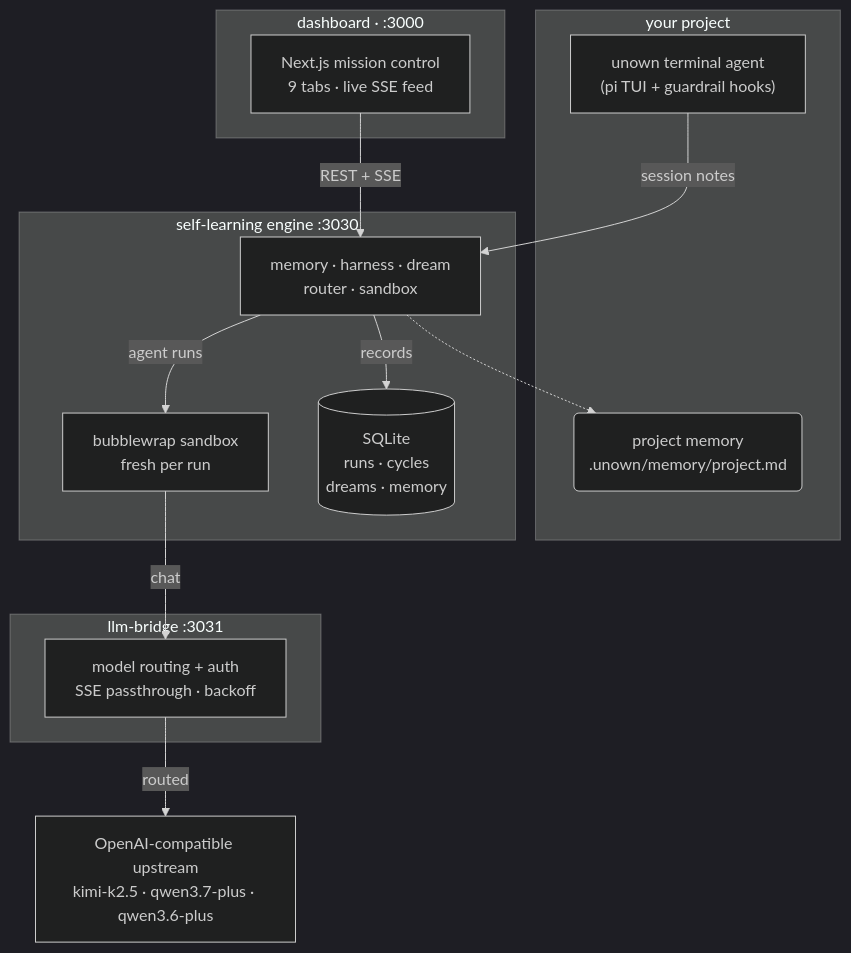
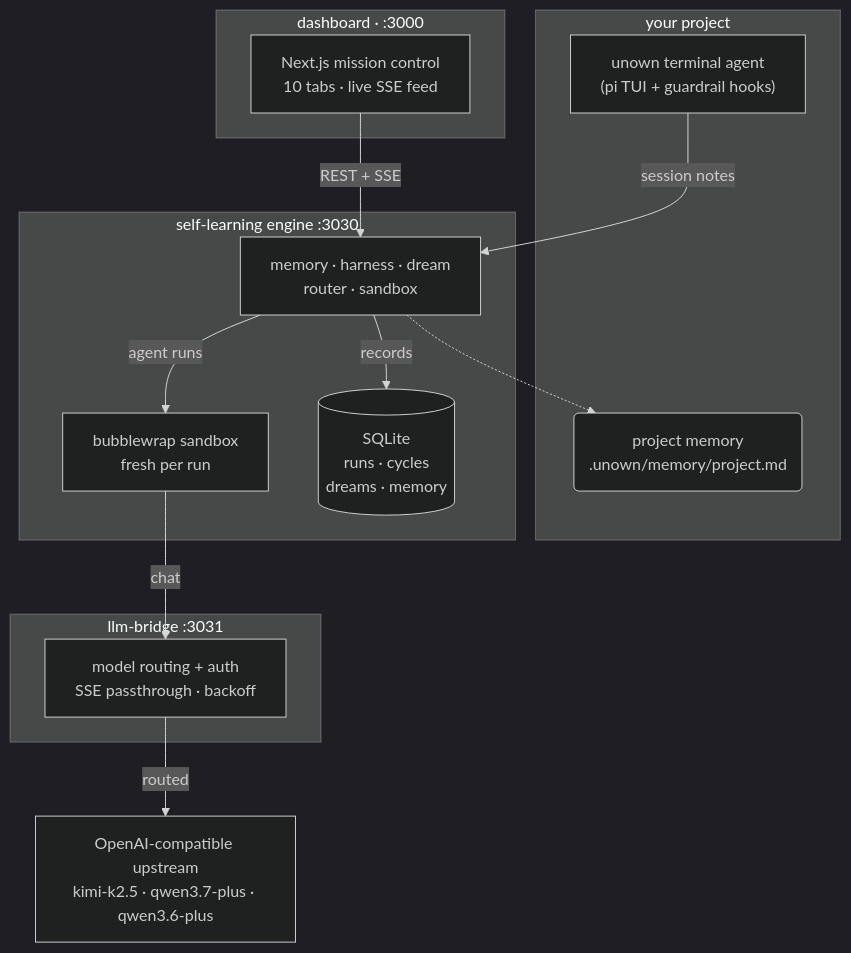
Before and after one commit to kanishka-namdeo/Unown: the first of 2 diagrams in README.md, drawn with Mermaid (dark theme). The commit also changed 25 other files, not shown here.

````diff
--- a/README.md
+++ b/README.md
@@ -47,27 +47,27 @@
 ```mermaid
 flowchart TB
     subgraph project["your project"]
         TUI["unown terminal agent<br>(pi TUI + guardrail hooks)"]
         PM("project memory<br>.unown/memory/project.md")
     end
     subgraph dash["dashboard · :3000"]
-        UI["Next.js mission control<br>9 tabs · live SSE feed"]
+        UI["Next.js mission control<br>10 tabs · live SSE feed"]
     end
     subgraph engine["self-learning engine :3030"]
         ENG["memory · harness · dream<br>router · sandbox"]
         SB["bubblewrap sandbox<br>fresh per run"]
         DB[("SQLite<br>runs · cycles<br>dreams · memory")]
     end
     subgraph bridge["llm-bridge :3031"]
         BR["model routing + auth<br>SSE passthrough · backoff"]
     end
     LLM["OpenAI-compatible upstream<br>kimi-k2.5 · qwen3.7-plus · qwen3.6-plus"]
 
     TUI -- "session notes" --> ENG
     UI -- "REST + SSE" --> ENG
     ENG -- "agent runs" --> SB
     SB -- "chat" --> BR
     BR -- "routed" --> LLM
     ENG -- "records" --> DB
     ENG -.-> PM
 ```
````
